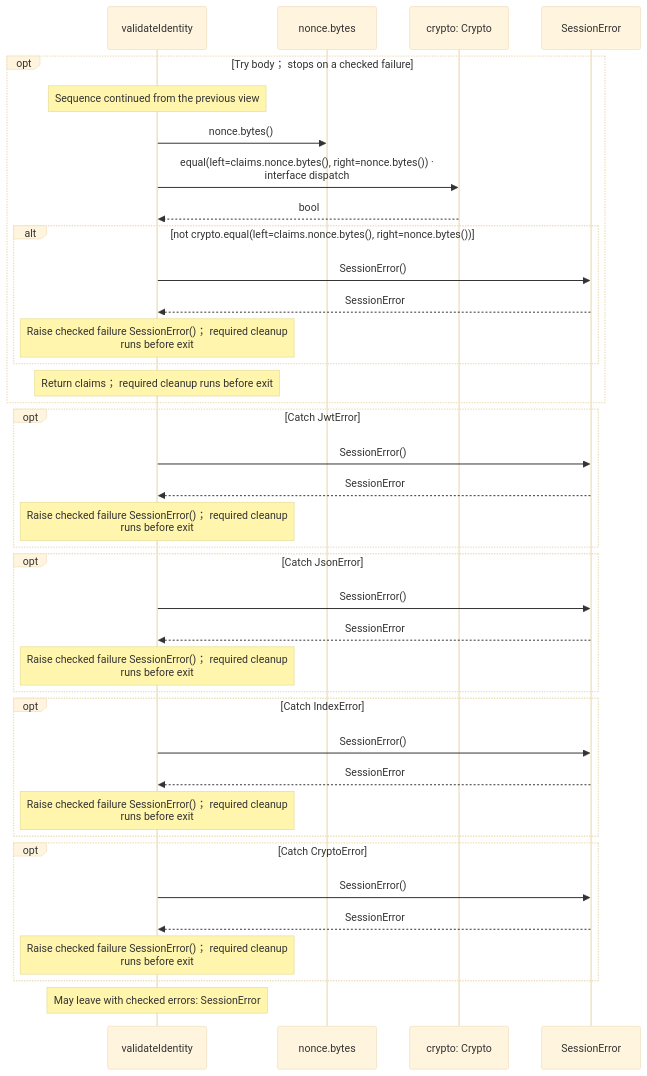
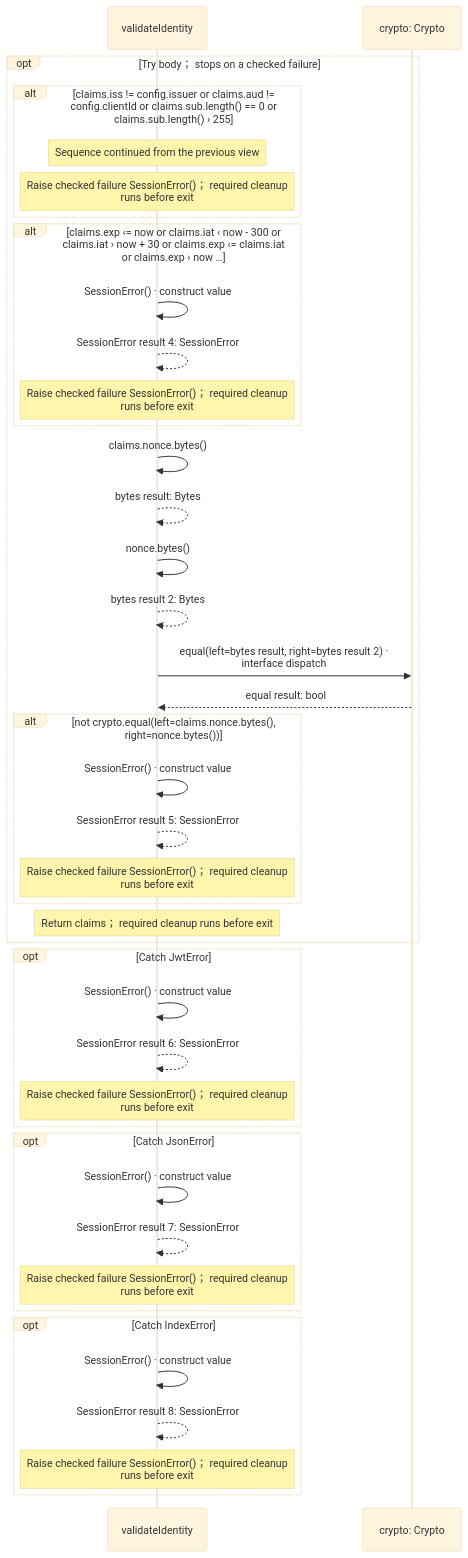
The eighth of 9 diagrams in docs/examples/oidc-login/client/protocol-diagrams.md (GreenPandaStudios/augscript), drawn with Mermaid (base theme) before and after one commit. The commit also changed other lines of this file and 304 other files, not shown here.

Commit message:
Make generated data-flow sequences concise and review every diagram

````diff
--- a/docs/examples/oidc-login/client/protocol-diagrams.md
+++ b/docs/examples/oidc-login/client/protocol-diagrams.md
@@ -245,40 +218,43 @@
 ```mermaid
 sequenceDiagram
     participant p0 as validateIdentity
-    participant p1 as nonce.bytes
-    participant p2 as crypto: Crypto
-    participant p3 as SessionError
+    participant p1 as crypto: Crypto
     opt Try body； stops on a checked failure
+    alt claims.iss != config.issuer or claims.aud != config.clientId or claims.sub.length() == 0 or claims.sub.length() › 255
     Note over p0: Sequence continued from the previous view
-    p0->>p1: nonce.bytes()
-    p0->>p2: equal(left=claims.nonce.bytes(), right=nonce.bytes()) ·<br/>interface dispatch
-    p2-->>p0: bool
+    Note over p0: Raise checked failure SessionError()； required cleanup<br/>runs before exit
+    end
+    alt claims.exp ‹= now or claims.iat ‹ now - 300 or claims.iat › now + 30 or claims.exp ‹= claims.iat or claims.exp › now …
+    p0->>p0: SessionError() · construct value
+    p0-->>p0: SessionError result 4: SessionError
+    Note over p0: Raise checked failure SessionError()； required cleanup<br/>runs before exit
+    end
+    p0->>p0: claims.nonce.bytes()
+    p0-->>p0: bytes result: Bytes
+    p0->>p0: nonce.bytes()
+    p0-->>p0: bytes result 2: Bytes
+    p0->>p1: equal(left=bytes result, right=bytes result 2) ·<br/>interface dispatch
+    p1-->>p0: equal result: bool
     alt not crypto.equal(left=claims.nonce.bytes(), right=nonce.bytes())
-    p0->>p3: SessionError()
-    p3-->>p0: SessionError
+    p0->>p0: SessionError() · construct value
+    p0-->>p0: SessionError result 5: SessionError
     Note over p0: Raise checked failure SessionError()； required cleanup<br/>runs before exit
     end
     Note over p0: Return claims； required cleanup runs before exit
     end
     opt Catch JwtError
-    p0->>p3: SessionError()
-    p3-->>p0: SessionError
+    p0->>p0: SessionError() · construct value
+    p0-->>p0: SessionError result 6: SessionError
     Note over p0: Raise checked failure SessionError()； required cleanup<br/>runs before exit
     end
     opt Catch JsonError
-    p0->>p3: SessionError()
-    p3-->>p0: SessionError
+    p0->>p0: SessionError() · construct value
+    p0-->>p0: SessionError result 7: SessionError
     Note over p0: Raise checked failure SessionError()； required cleanup<br/>runs before exit
     end
     opt Catch IndexError
-    p0->>p3: SessionError()
-    p3-->>p0: SessionError
+    p0->>p0: SessionError() · construct value
+    p0-->>p0: SessionError result 8: SessionError
     Note over p0: Raise checked failure SessionError()； required cleanup<br/>runs before exit
     end
-    opt Catch CryptoError
-    p0->>p3: SessionError()
-    p3-->>p0: SessionError
-    Note over p0: Raise checked failure SessionError()； required cleanup<br/>runs before exit
-    end
-    Note over p0: May leave with checked errors: SessionError
 ```
````
